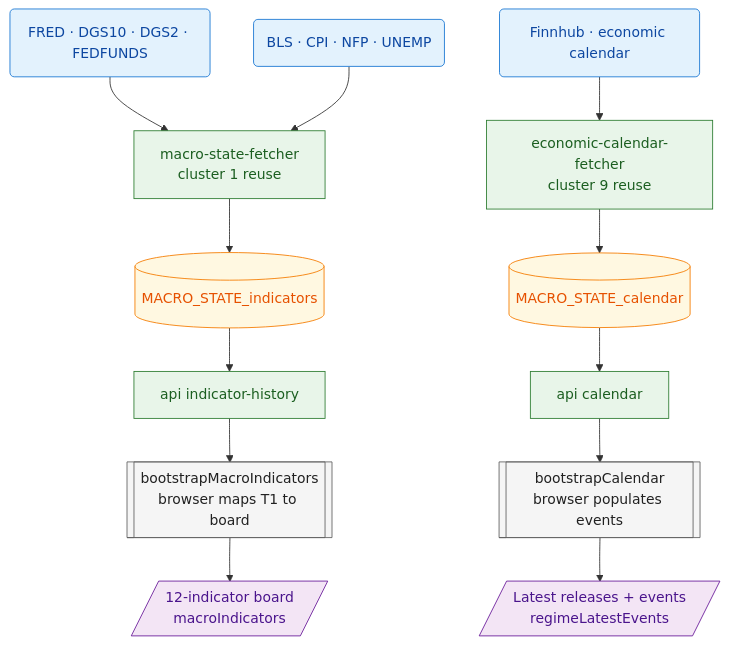
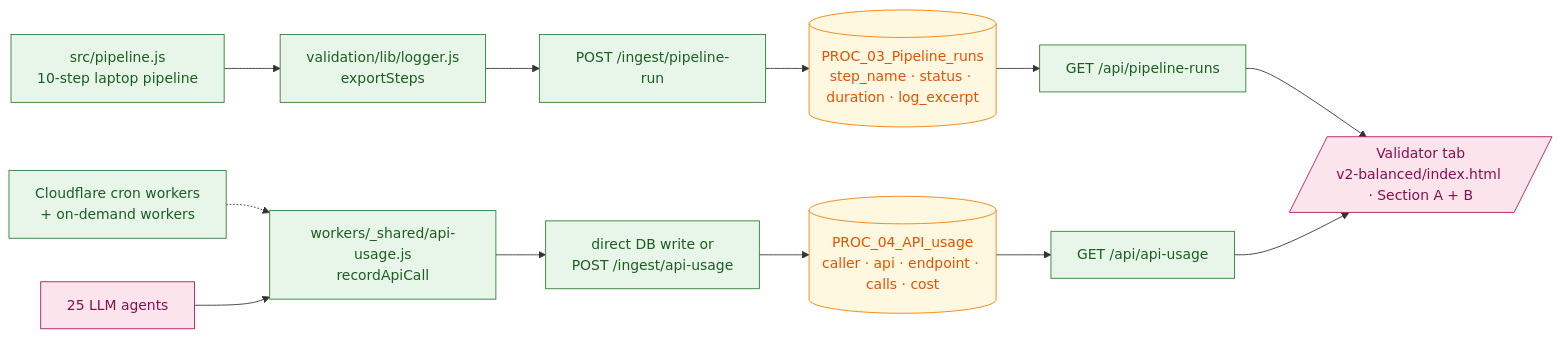
Before and after one commit to grodcas/Hedge-Portfolio: the sixth of 6 diagrams in docs/SYSTEM_REFERENCE.md, drawn with Mermaid. The commit also changed other lines of this file and 29 other files, not shown here.

````diff
--- a/docs/SYSTEM_REFERENCE.md
+++ b/docs/SYSTEM_REFERENCE.md
@@ -897,33 +313,32 @@
 ```mermaid
-flowchart TD
-    R1(FRED · DGS10 · DGS2 · FEDFUNDS):::src
-    R2(BLS · CPI · NFP · UNEMP):::src
-    R3(Finnhub · economic calendar):::src
+flowchart LR
+    P1[src/pipeline.js<br/>10-step laptop pipeline]:::code
+    P2[Cloudflare cron workers<br/>+ on-demand workers]:::code
+    P3[25 LLM agents]:::agent
 
-    C1[macro-state-fetcher<br/>cluster 1 reuse]:::code
-    C2[economic-calendar-fetcher<br/>cluster 9 reuse]:::code
-    C3[api indicator-history]:::code
-    C4[api calendar]:::code
+    LOG1[validation/lib/logger.js<br/>exportSteps]:::code
+    LOG2[workers/_shared/api-usage.js<br/>recordApiCall]:::code
 
-    T1[(MACRO_STATE_indicators)]:::db
-    T2[(MACRO_STATE_calendar)]:::db
+    E1[POST /ingest/pipeline-run]:::code
+    E2[direct DB write or<br/>POST /ingest/api-usage]:::code
 
-    A1[[bootstrapMacroIndicators<br/>browser maps T1 to board]]:::agentDet
-    A2[[bootstrapCalendar<br/>browser populates events]]:::agentDet
+    T1[(PROC_03_Pipeline_runs<br/>step_name · status · duration · log_excerpt)]:::db
+    T2[(PROC_04_API_usage<br/>caller · api · endpoint · calls · cost)]:::db
 
-    D1[/12-indicator board<br/>macroIndicators/]:::ui
-    D2[/Latest releases + events<br/>regimeLatestEvents/]:::ui
+    Q1[GET /api/pipeline-runs]:::code
+    Q2[GET /api/api-usage]:::code
 
-    R1 --> C1 --> T1
-    R2 --> C1
-    R3 --> C2 --> T2
-    T1 --> C3 --> A1 --> D1
-    T2 --> C4 --> A2 --> D2
+    DASH[/Validator tab<br/>v2-balanced/index.html · Section A + B/]:::ui
 
-    classDef src fill:#e3f2fd,stroke:#1976d2,color:#0d47a1
+    P1 --> LOG1 --> E1 --> T1
+    P2 -.-> LOG2
+    P3 --> LOG2
+    LOG2 --> E2 --> T2
+    T1 --> Q1 --> DASH
+    T2 --> Q2 --> DASH
+
     classDef code fill:#e8f5e9,stroke:#2e7d32,color:#1b5e20
     classDef db fill:#fff8e1,stroke:#f57c00,color:#e65100
-    classDef agentLLM fill:#fce4ec,stroke:#c2185b,color:#880e4f
-    classDef agentDet fill:#f5f5f5,stroke:#616161,color:#212121
-    classDef ui fill:#f3e5f5,stroke:#6a1b9a,color:#4a148c
+    classDef agent fill:#fce4ec,stroke:#ad1457,color:#880e4f
+    classDef ui fill:#fce4ec,stroke:#ad1457,color:#880e4f
 ```
````
